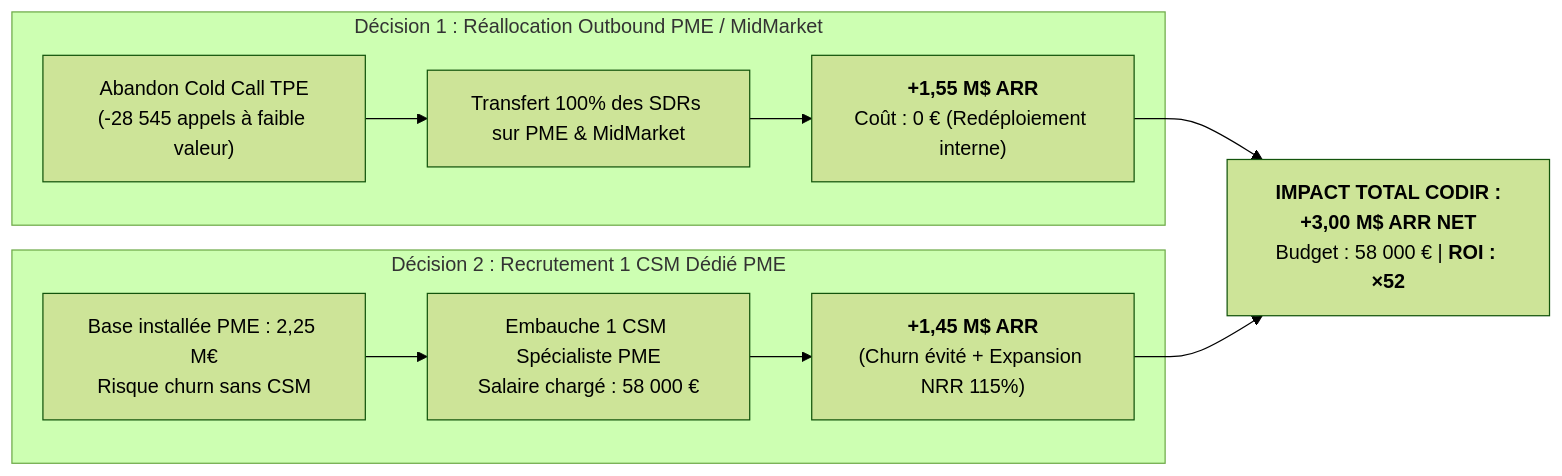
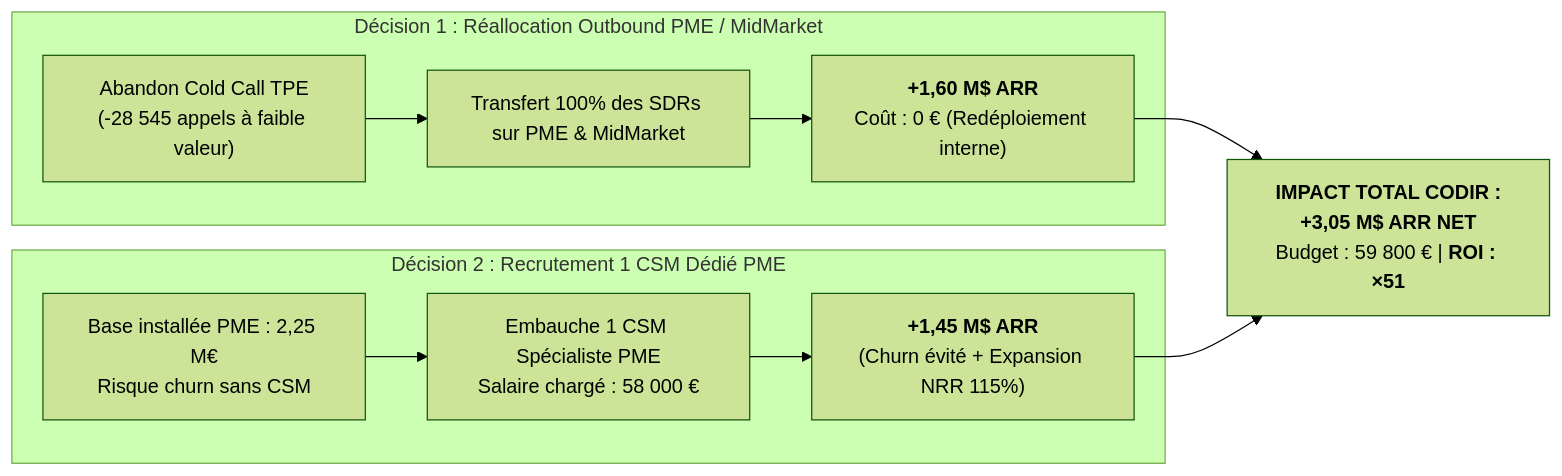
The second of 2 diagrams in RECAP_ULTRA_DETAILLE_PROJET_AIRCALL.md (contactkevinmonin-blip/aircall-soutenance-rocket-school), drawn with Mermaid (forest theme) before and after one commit. The commit also changed other lines of this file and 18 other files, not shown here.

Commit message:
feat(revops): integrate Lemlist cold email automation & proof aircall.com self-serve (+3.05M ARR / ROI x51)

````diff
--- a/RECAP_ULTRA_DETAILLE_PROJET_AIRCALL.md
+++ b/RECAP_ULTRA_DETAILLE_PROJET_AIRCALL.md
@@ -202,13 +202,13 @@
 ```mermaid
 graph LR
     subgraph S1["Décision 1 : Réallocation Outbound PME / MidMarket"]
         A["Abandon Cold Call TPE<br/>(-28 545 appels à faible valeur)"] --> B["Transfert 100% des SDRs sur PME & MidMarket"]
-        B --> C["<b>+1,55 M$ ARR</b><br/>Coût : 0 € (Redéploiement interne)"]
+        B --> C["<b>+1,60 M$ ARR</b><br/>Coût : 0 € (Redéploiement interne)"]
     end
     subgraph S2["Décision 2 : Recrutement 1 CSM Dédié PME"]
         D["Base installée PME : 2,25 M€<br/>Risque churn sans CSM"] --> E["Embauche 1 CSM Spécialiste PME<br/>Salaire chargé : 58 000 €"]
         E --> F["<b>+1,45 M$ ARR</b><br/>(Churn évité + Expansion NRR 115%)"]
     end
-    C --> G["<b>IMPACT TOTAL CODIR :</b><br/><b>+3,00 M$ ARR NET</b><br/>Budget : 58 000 € | <b>ROI : ×52</b>"]
+    C --> G["<b>IMPACT TOTAL CODIR :</b><br/><b>+3,05 M$ ARR NET</b><br/>Budget : 59 800 € | <b>ROI : ×51</b>"]
     F --> G
 ```
````
